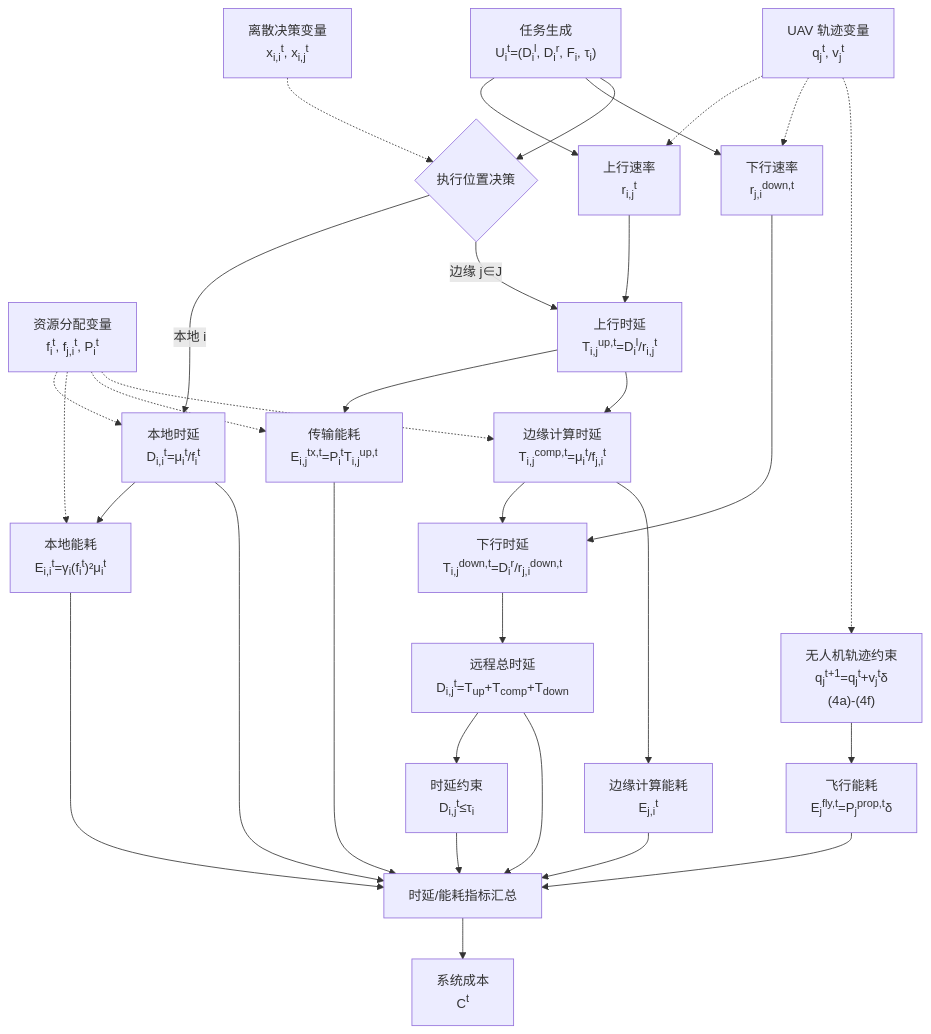
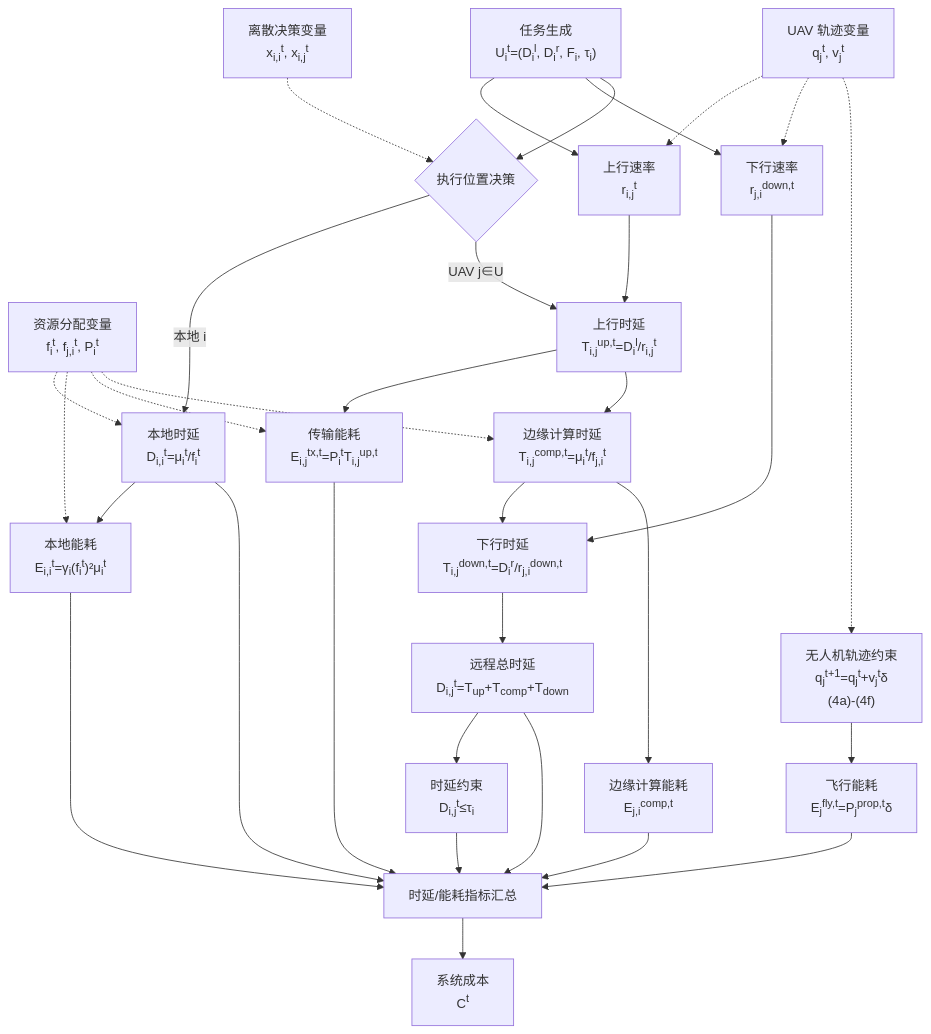
One commit to Daisy-1515/llm-guided-mod-optimization changed the diagram in 文档/公式.md. Above: the diagram before and after it, drawn with Mermaid.

Commit message:
同步更新流程图：反映去掉地面基站的修改
- 卸载路径标签更新为 UAV 节点
- 边缘计算能耗节点符号与公式(19)保持一致

````diff
--- a/文档/公式.md
+++ b/文档/公式.md
@@ -334,51 +334,51 @@
 ```mermaid
 flowchart TD
     A["任务生成<br/>U<sub>i</sub><sup>t</sup>=(D<sub>i</sub><sup>l</sup>, D<sub>i</sub><sup>r</sup>, F<sub>i</sub>, τ<sub>i</sub>)"]
     B["上行速率<br/>r<sub>i,j</sub><sup>t</sup>"]
     B2["下行速率<br/>r<sub>j,i</sub><sup>down,t</sup>"]
     C{"执行位置决策"}
     X["离散决策变量<br/>x<sub>i,i</sub><sup>t</sup>, x<sub>i,j</sub><sup>t</sup>"]
     Y["资源分配变量<br/>f<sub>i</sub><sup>t</sup>, f<sub>j,i</sub><sup>t</sup>, P<sub>i</sub><sup>t</sup>"]
     Z["UAV 轨迹变量<br/>q<sub>j</sub><sup>t</sup>, v<sub>j</sub><sup>t</sup>"]
 
     A --> B
     A --> B2
     A --> C
     X -.-> C
     Z -.-> B
     Z -.-> B2
 
     C -->|本地 i| D["本地时延<br/>D<sub>i,i</sub><sup>t</sup>=μ<sub>i</sub><sup>t</sup>/f<sub>i</sub><sup>t</sup>"]
     D --> F["本地能耗<br/>E<sub>i,i</sub><sup>t</sup>=γ<sub>i</sub>(f<sub>i</sub><sup>t</sup>)²μ<sub>i</sub><sup>t</sup>"]
 
-    C -->|边缘 j∈J| U1["上行时延<br/>T<sub>i,j</sub><sup>up,t</sup>=D<sub>i</sub><sup>l</sup>/r<sub>i,j</sub><sup>t</sup>"]
+    C -->|UAV j∈U| U1["上行时延<br/>T<sub>i,j</sub><sup>up,t</sup>=D<sub>i</sub><sup>l</sup>/r<sub>i,j</sub><sup>t</sup>"]
     B --> U1
     U1 --> TX["传输能耗<br/>E<sub>i,j</sub><sup>tx,t</sup>=P<sub>i</sub><sup>t</sup>T<sub>i,j</sub><sup>up,t</sup>"]
     U1 --> U2["边缘计算时延<br/>T<sub>i,j</sub><sup>comp,t</sup>=μ<sub>i</sub><sup>t</sup>/f<sub>j,i</sub><sup>t</sup>"]
     Y -.-> D
     Y -.-> F
     Y -.-> TX
     Y -.-> U2
     U2 --> U3["下行时延<br/>T<sub>i,j</sub><sup>down,t</sup>=D<sub>i</sub><sup>r</sup>/r<sub>j,i</sub><sup>down,t</sup>"]
     B2 --> U3
 
     U3 --> R1["远程总时延<br/>D<sub>i,j</sub><sup>t</sup>=T<sub>up</sub>+T<sub>comp</sub>+T<sub>down</sub>"]
     R1 --> K["时延约束<br/>D<sub>i,j</sub><sup>t</sup>≤τ<sub>i</sub>"]
 
-    U2 --> E["边缘计算能耗<br/>E<sub>j,i</sub><sup>t</sup>"]
+    U2 --> E["边缘计算能耗<br/>E<sub>j,i</sub><sup>comp,t</sup>"]
     H["无人机轨迹约束<br/>q<sub>j</sub><sup>t+1</sup>=q<sub>j</sub><sup>t</sup>+v<sub>j</sub><sup>t</sup>δ<br/>(4a)-(4f)"]
     G["飞行能耗<br/>E<sub>j</sub><sup>fly,t</sup>=P<sub>j</sub><sup>prop,t</sup>δ"]
 
     H --> G
     Z -.-> H
 
     D --> I["时延/能耗指标汇总"]
     R1 --> I
     F --> I
     TX --> I
     E --> I
     G --> I
     K --> I
 
     I --> J["系统成本<br/>C<sup>t</sup>"]
 ```
````
